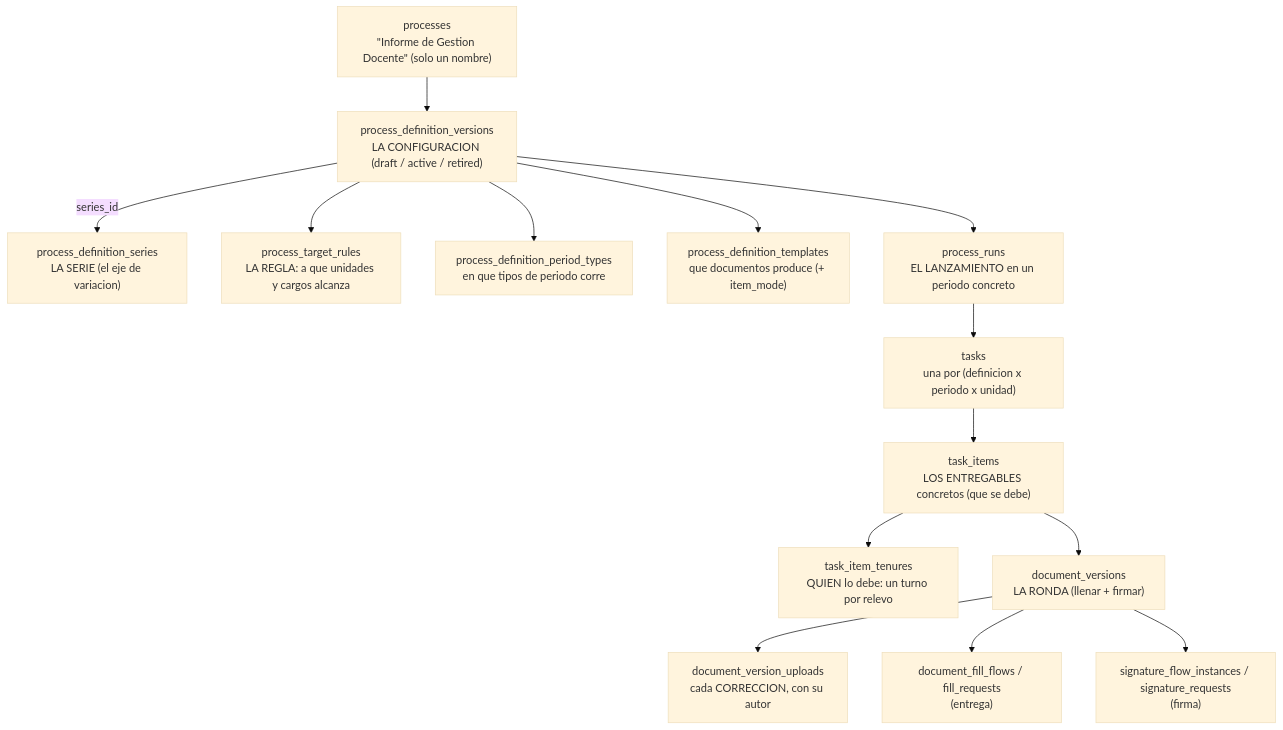
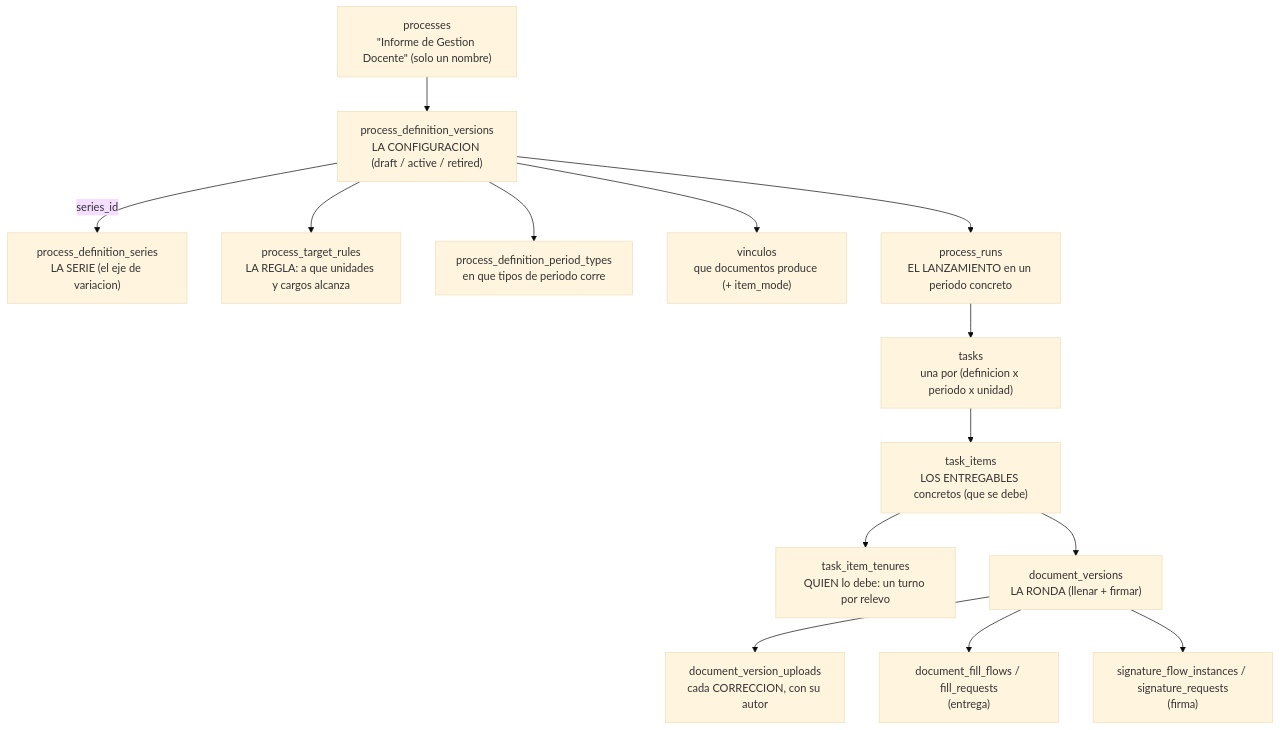
One commit to fresvel/deasy changed the diagram in docs/src/content/docs/datos/motor-de-procesos.md. Above: the diagram before and after it, drawn with Mermaid (base theme). The commit also changed other lines of this file and 172 other files, not shown here.

````diff
--- a/docs/src/content/docs/datos/motor-de-procesos.md
+++ b/docs/src/content/docs/datos/motor-de-procesos.md
@@ -11,32 +11,32 @@
 ```mermaid
 %% diagrama 08 — el motor de procesos, de la definicion al documento entregado y firmado
 flowchart TD
     PROC["processes<br/>#quot;Informe de Gestion Docente#quot; (solo un nombre)"]
     PDV["process_definition_versions<br/>LA CONFIGURACION (draft / active / retired)"]
     PDS["process_definition_series<br/>LA SERIE (el eje de variacion)"]
     PTR["process_target_rules<br/>LA REGLA: a que unidades y cargos alcanza"]
     PDPT["process_definition_period_types<br/>en que tipos de periodo corre"]
-    PDT["process_definition_templates<br/>que documentos produce (+ item_mode)"]
+    PDT["vinculos<br/>que documentos produce (+ item_mode)"]
     RUNS["process_runs<br/>EL LANZAMIENTO en un periodo concreto"]
     TSK["tasks<br/>una por (definicion x periodo x unidad)"]
     ITM["task_items<br/>LOS ENTREGABLES concretos (que se debe)"]
     TEN["task_item_tenures<br/>QUIEN lo debe: un turno por relevo"]
     DVER["document_versions<br/>LA RONDA (llenar + firmar)"]
     DVU["document_version_uploads<br/>cada CORRECCION, con su autor"]
     FILL["document_fill_flows / fill_requests<br/>(entrega)"]
     SIG["signature_flow_instances / signature_requests<br/>(firma)"]
 
     PROC --> PDV
     PDV -->|"series_id"| PDS
     PDV --> PTR
     PDV --> PDPT
     PDV --> PDT
     PDV --> RUNS
     RUNS --> TSK
     TSK --> ITM
     ITM --> TEN
     ITM --> DVER
     DVER --> DVU
     DVER --> FILL
     DVER --> SIG
 ```
````
